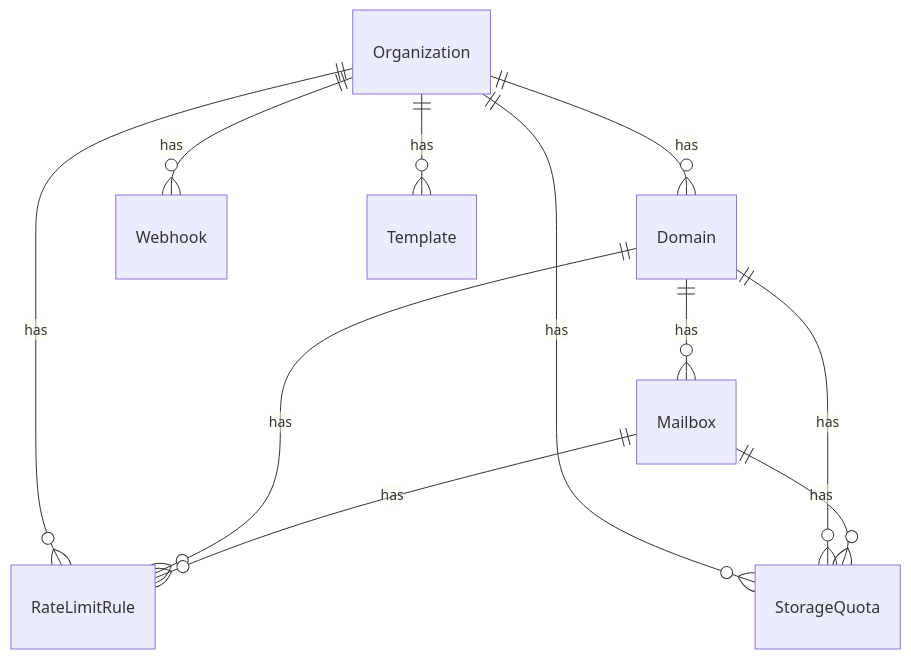
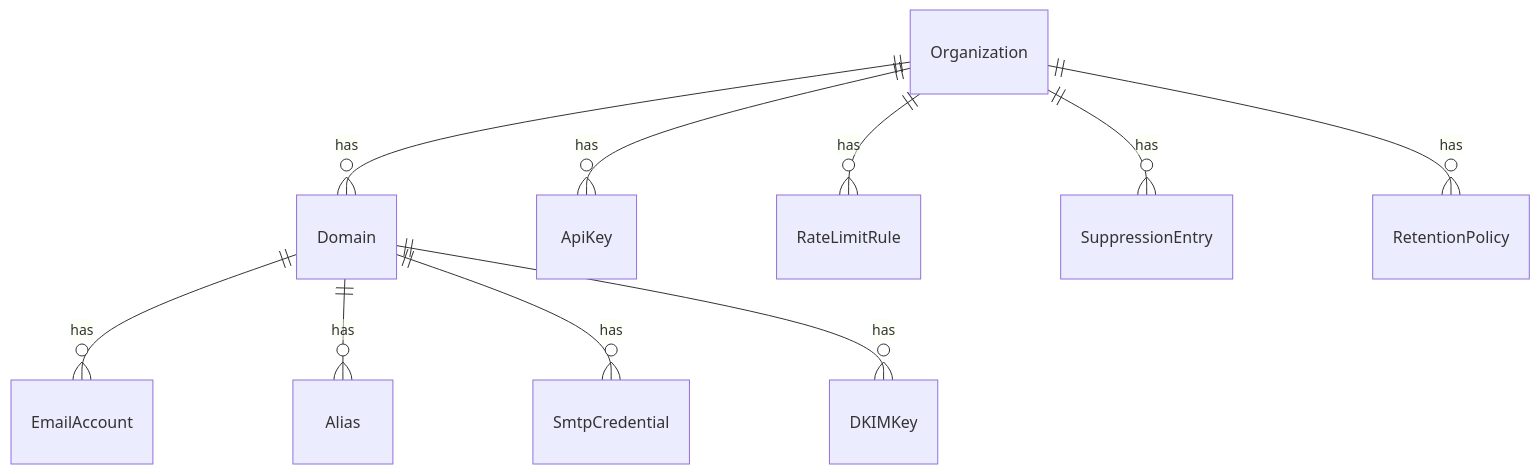
The second of 2 diagrams in docs/features/multi-tenant.md (Techies-Africa/mailyte-mail-server-community), drawn with Mermaid before and after one commit. The commit also changed other lines of this file and 481 other files, not shown here.

````diff
--- a/docs/features/multi-tenant.md
+++ b/docs/features/multi-tenant.md
@@ -154,13 +106,12 @@
 ```mermaid
 erDiagram
     Organization ||--o{ Domain : has
-    Domain ||--o{ Mailbox : has
-    Organization ||--o{ Webhook : has
-    Organization ||--o{ Template : has
+    Domain ||--o{ EmailAccount : has
+    Domain ||--o{ Alias : has
+    Domain ||--o{ SmtpCredential : has
+    Domain ||--o{ DKIMKey : has
+    Organization ||--o{ ApiKey : has
     Organization ||--o{ RateLimitRule : has
-    Domain ||--o{ RateLimitRule : has
-    Mailbox ||--o{ RateLimitRule : has
-    Organization ||--o{ StorageQuota : has
-    Domain ||--o{ StorageQuota : has
-    Mailbox ||--o{ StorageQuota : has
+    Organization ||--o{ SuppressionEntry : has
+    Organization ||--o{ RetentionPolicy : has
 ```
````
